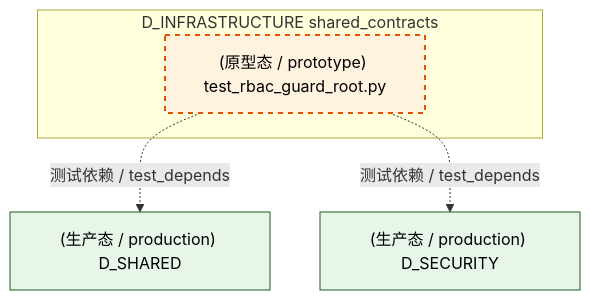
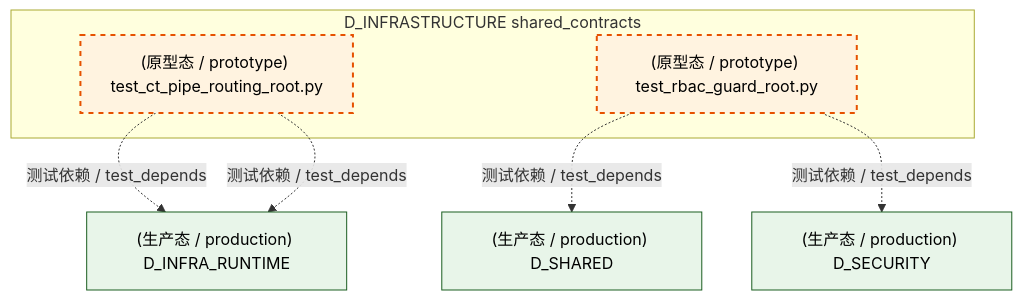
Before and after one commit to xuanFelixVan/ZephyrAlpha: the third of 6 diagrams in docs/02_enterprise_architecture/02_domain_architecture_docs/62_d_infrastructure.md, drawn with Mermaid. The commit also changed other lines of this file and 126 other files, not shown here.

````diff
--- a/docs/02_enterprise_architecture/02_domain_architecture_docs/62_d_infrastructure.md
+++ b/docs/02_enterprise_architecture/02_domain_architecture_docs/62_d_infrastructure.md
@@ -306,16 +319,20 @@
 ```mermaid
 graph TD
     subgraph D_INFRASTRUCTURE["D_INFRASTRUCTURE shared_contracts"]
+        tests_contracts_test_ct_pipe_routing_root_py["(原型态 / prototype) test_ct_pipe_routing_root.py"]
         tests_contracts_test_rbac_guard_root_py["(原型态 / prototype) test_rbac_guard_root.py"]
     end
+    D_INFRA_RUNTIME["(生产态 / production) D_INFRA_RUNTIME"]
+    tests_contracts_test_ct_pipe_routing_root_py -.->|测试依赖 / test_depends| D_INFRA_RUNTIME
     D_SHARED["(生产态 / production) D_SHARED"]
     tests_contracts_test_rbac_guard_root_py -.->|测试依赖 / test_depends| D_SHARED
     D_SECURITY["(生产态 / production) D_SECURITY"]
     tests_contracts_test_rbac_guard_root_py -.->|测试依赖 / test_depends| D_SECURITY
+    tests_contracts_test_ct_pipe_routing_root_py -.->|测试依赖 / test_depends| D_INFRA_RUNTIME
     classDef production fill:#e1f5fe,stroke:#01579b,stroke-width:2px,color:#000
     classDef design fill:#fff3e0,stroke:#e65100,stroke-width:2px,color:#000,stroke-dasharray: 5 5
     classDef external_prod fill:#e8f5e9,stroke:#1b5e20,stroke-width:1px,color:#000
     classDef external_design fill:#fce4ec,stroke:#880e4f,stroke-width:1px,color:#000,stroke-dasharray: 5 5
-    class tests_contracts_test_rbac_guard_root_py design
-    class D_SHARED,D_SECURITY external_prod
+    class tests_contracts_test_ct_pipe_routing_root_py,tests_contracts_test_rbac_guard_root_py design
+    class D_INFRA_RUNTIME,D_SHARED,D_SECURITY external_prod
 ```
````
